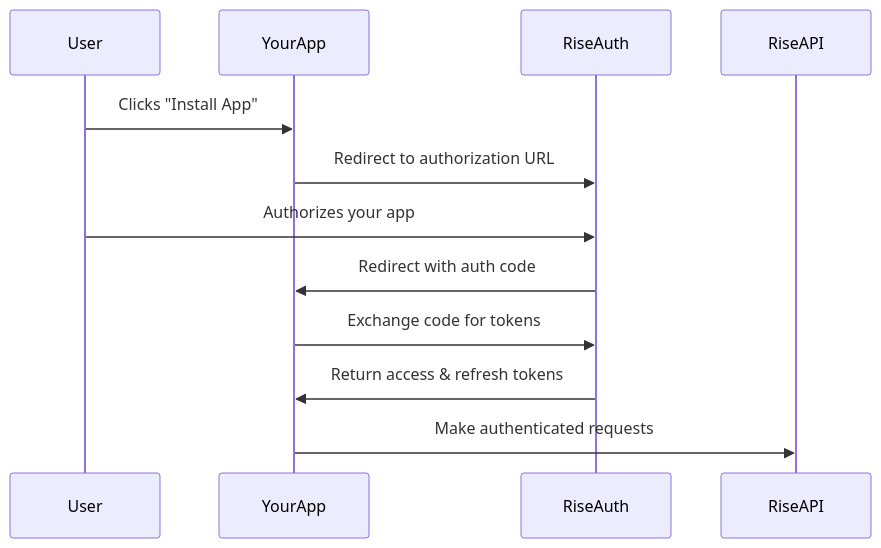
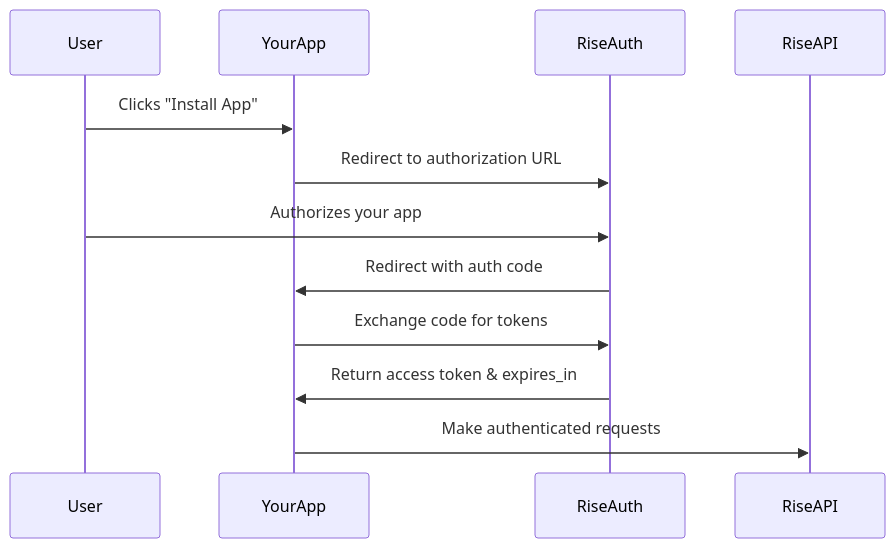
Before and after one commit to rob-noyes/oAuth2SampleApplication: the diagram in TUTORIAL.md, drawn with Mermaid. The commit also changed other lines of this file and 4 other files, not shown here.

First line of the commit message:
fix: Remove refresh token references and update to Rise.ai OAuth flow

````diff
--- a/TUTORIAL.md
+++ b/TUTORIAL.md
@@ -19,15 +19,15 @@
 ```mermaid
 sequenceDiagram
     participant User
     participant YourApp
     participant RiseAuth
     participant RiseAPI
     
     User->>YourApp: Clicks "Install App"
     YourApp->>RiseAuth: Redirect to authorization URL
     User->>RiseAuth: Authorizes your app
     RiseAuth->>YourApp: Redirect with auth code
     YourApp->>RiseAuth: Exchange code for tokens
-    RiseAuth->>YourApp: Return access & refresh tokens
+    RiseAuth->>YourApp: Return access token & expires_in
     YourApp->>RiseAPI: Make authenticated requests
 ```
````
